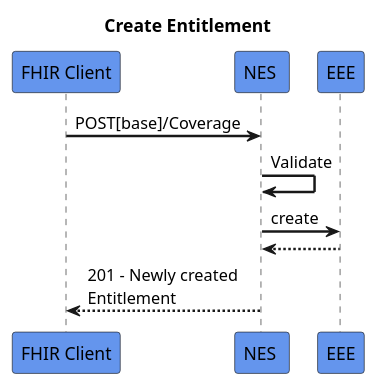
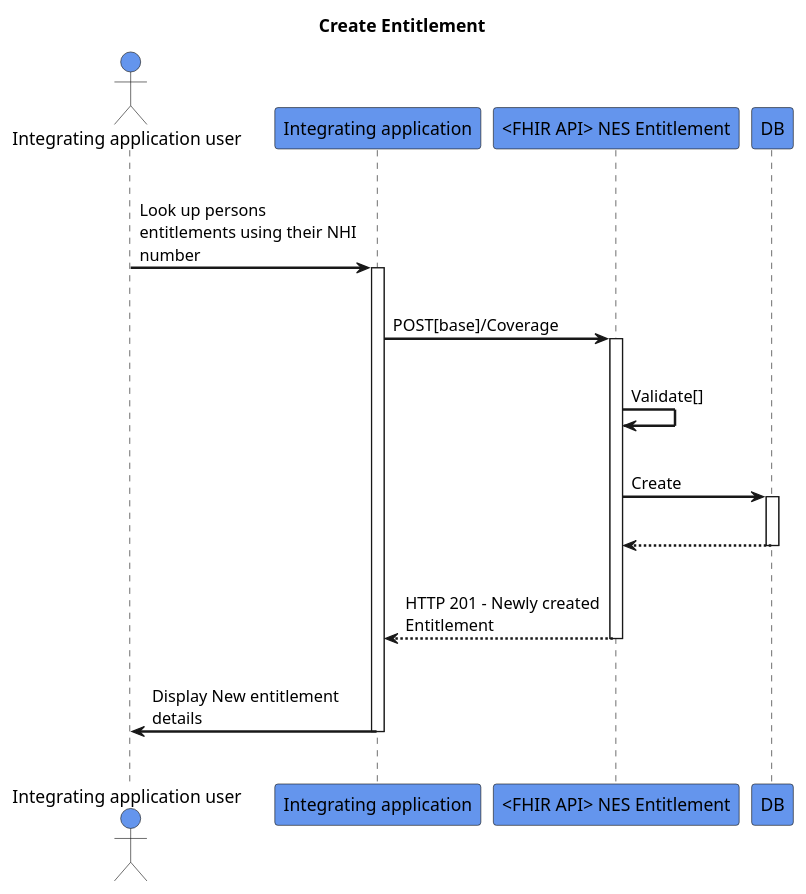
The diagram in input/images-source/create-entitlement.plantuml (HL7NZ/nes-ig), drawn with PlantUML before and after one commit.

```diff
--- a/input/images-source/create-entitlement.plantuml
+++ b/input/images-source/create-entitlement.plantuml
@@ -1,17 +1,32 @@
 @startuml
 skinparam sequenceArrowThickness 2
 skinparam roundcorner 5
 skinparam maxmessagesize 180
 skinparam sequenceParticipant bold
-title  Create Entitlement
-participant "FHIR Client" as A #CornflowerBlue
-participant "NES " as B #CornflowerBlue
-participant "EEE" as C #CornflowerBlue
-
+title Create Entitlement
+actor "Integrating application user" as User #CornflowerBlue
+participant "Integrating application" as A #CornflowerBlue
+participant "<FHIR API> NES Entitlement" as B #CornflowerBlue
+participant "DB" as C #CornflowerBlue
+|||
+User -> A: Look up persons entitlements using their NHI number
+activate A
+|||
 A -> B: POST[base]/Coverage
-B -> B: Validate
-B -> C: create
-C -[dashed]-> B:
-
-B -[dashed]-> A:201 - Newly created Entitlement
+activate B
+|||
+B -> B: Validate[]
+|||
+B -> C: Create
+activate C
+|||
+C -[dashed]-> B:  
+deactivate C
+|||
+B -[dashed]-> A: HTTP 201 - Newly created Entitlement
+deactivate B
+|||
+A -> User: Display New entitlement details
+deactivate A
+|||
 @enduml
```
